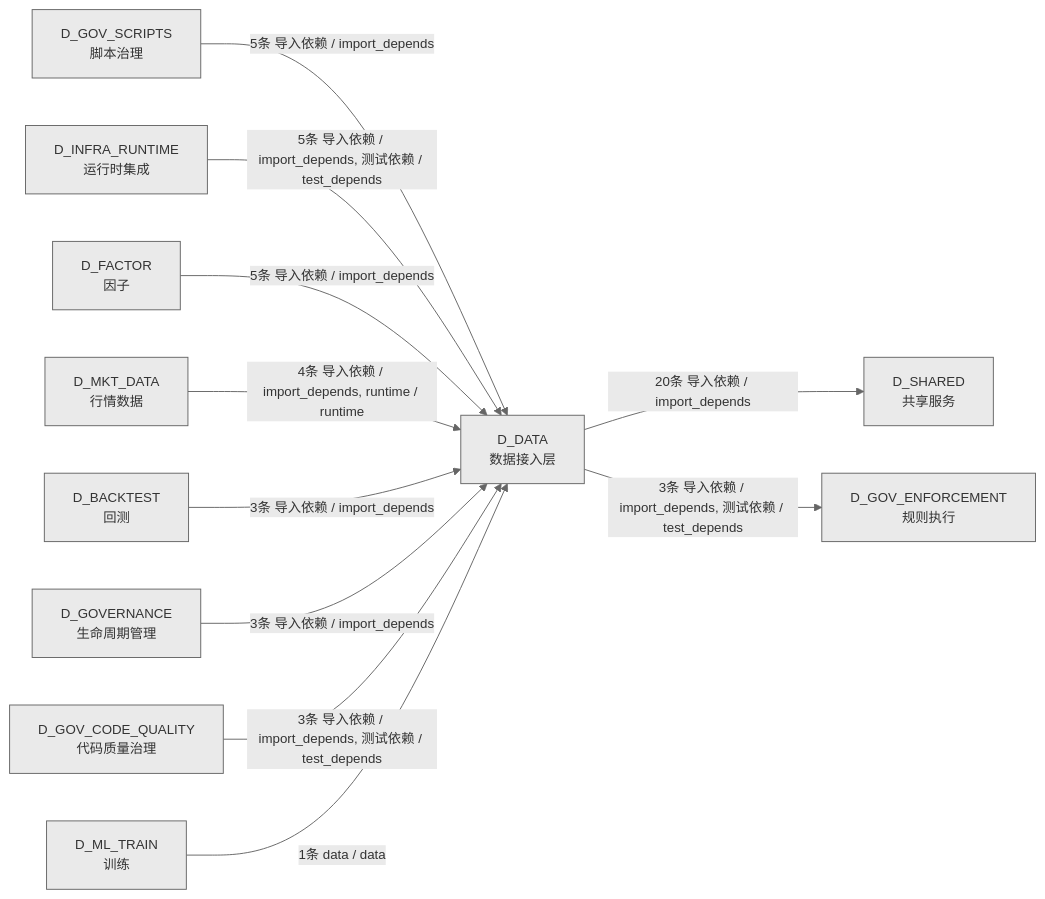
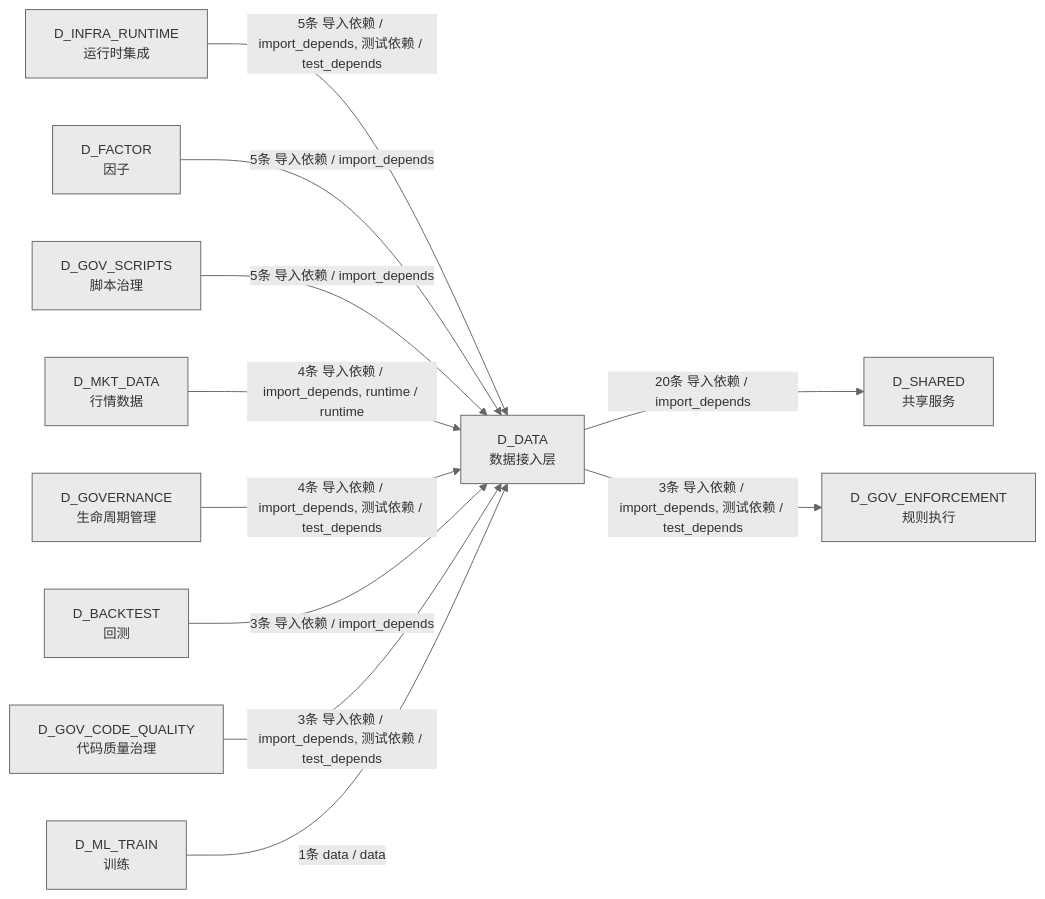
The fourth of 4 diagrams in docs/02_enterprise_architecture/02_domain_architecture_docs/11_d_data.md (xuanFelixVan/ZephyrAlpha), drawn with Mermaid before and after one commit. The commit also changed other lines of this file and 45 other files, not shown here.

````diff
--- a/docs/02_enterprise_architecture/02_domain_architecture_docs/11_d_data.md
+++ b/docs/02_enterprise_architecture/02_domain_architecture_docs/11_d_data.md
@@ -1417,25 +1418,25 @@
 ```mermaid
 %%{init: {'theme': 'base', 'themeVariables': {'primaryColor': '#eaeaea', 'primaryTextColor': '#333333', 'primaryBorderColor': '#666666', 'lineColor': '#666666', 'secondaryColor': '#eaeaea', 'tertiaryColor': '#eaeaea', 'fontSize': '14px'}}}%%
 graph LR
     D_DATA["D_DATA<br/>数据接入层"]
     D_SHARED["D_SHARED<br/>共享服务"]
     D_GOV_ENFORCEMENT["D_GOV_ENFORCEMENT<br/>规则执行"]
-    D_GOV_SCRIPTS["D_GOV_SCRIPTS<br/>脚本治理"]
     D_INFRA_RUNTIME["D_INFRA_RUNTIME<br/>运行时集成"]
     D_FACTOR["D_FACTOR<br/>因子"]
+    D_GOV_SCRIPTS["D_GOV_SCRIPTS<br/>脚本治理"]
     D_MKT_DATA["D_MKT_DATA<br/>行情数据"]
+    D_GOVERNANCE["D_GOVERNANCE<br/>生命周期管理"]
     D_BACKTEST["D_BACKTEST<br/>回测"]
-    D_GOVERNANCE["D_GOVERNANCE<br/>生命周期管理"]
     D_GOV_CODE_QUALITY["D_GOV_CODE_QUALITY<br/>代码质量治理"]
     D_ML_TRAIN["D_ML_TRAIN<br/>训练"]
     D_DATA -->|20条 导入依赖 / import_depends| D_SHARED
     D_DATA -->|3条 导入依赖 / import_depends, 测试依赖 / test_depends| D_GOV_ENFORCEMENT
-    D_GOV_SCRIPTS -->|5条 导入依赖 / import_depends| D_DATA
     D_INFRA_RUNTIME -->|5条 导入依赖 / import_depends, 测试依赖 / test_depends| D_DATA
     D_FACTOR -->|5条 导入依赖 / import_depends| D_DATA
+    D_GOV_SCRIPTS -->|5条 导入依赖 / import_depends| D_DATA
     D_MKT_DATA -->|4条 导入依赖 / import_depends, runtime / runtime| D_DATA
+    D_GOVERNANCE -->|4条 导入依赖 / import_depends, 测试依赖 / test_depends| D_DATA
     D_BACKTEST -->|3条 导入依赖 / import_depends| D_DATA
-    D_GOVERNANCE -->|3条 导入依赖 / import_depends| D_DATA
     D_GOV_CODE_QUALITY -->|3条 导入依赖 / import_depends, 测试依赖 / test_depends| D_DATA
     D_ML_TRAIN -->|1条 data / data| D_DATA
 ```
````
